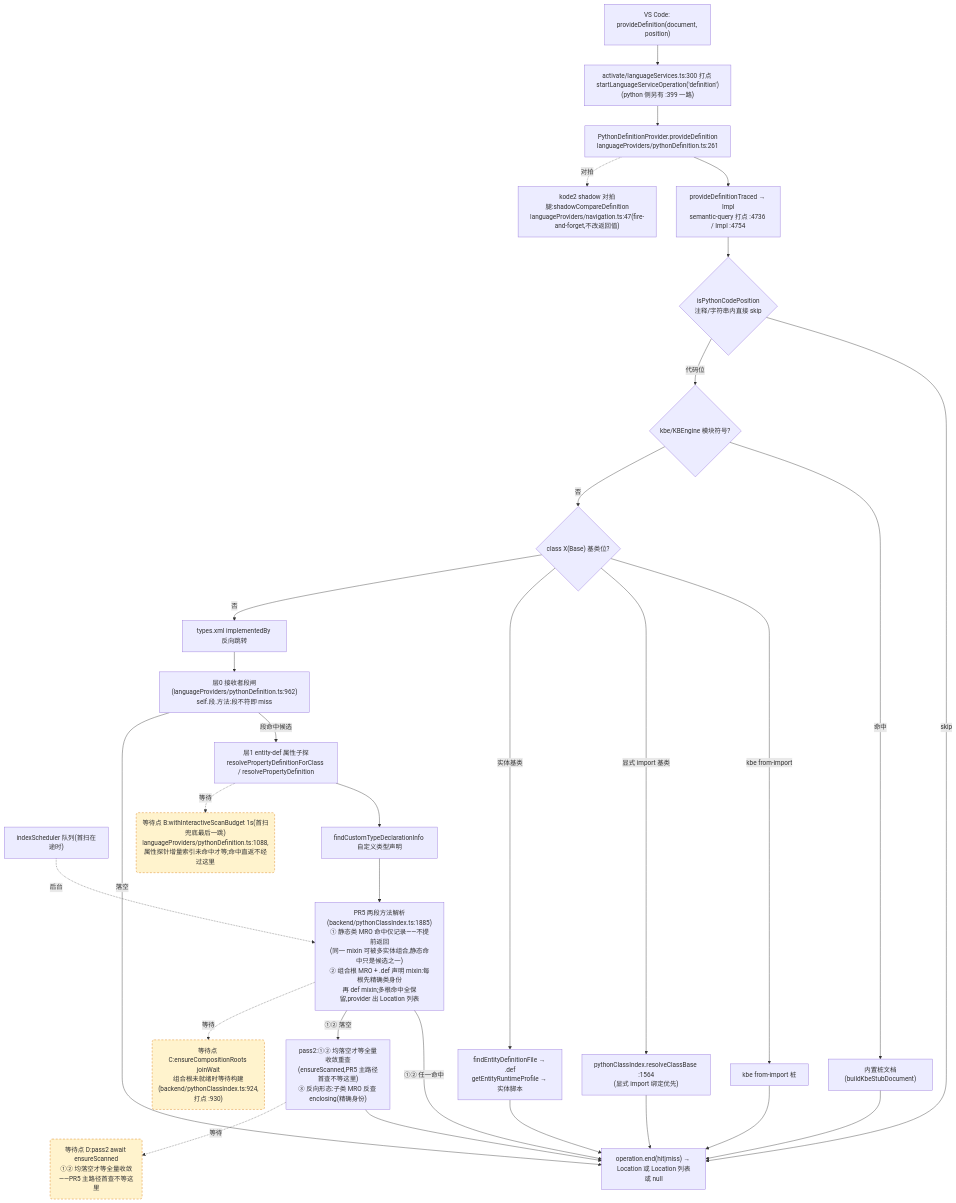
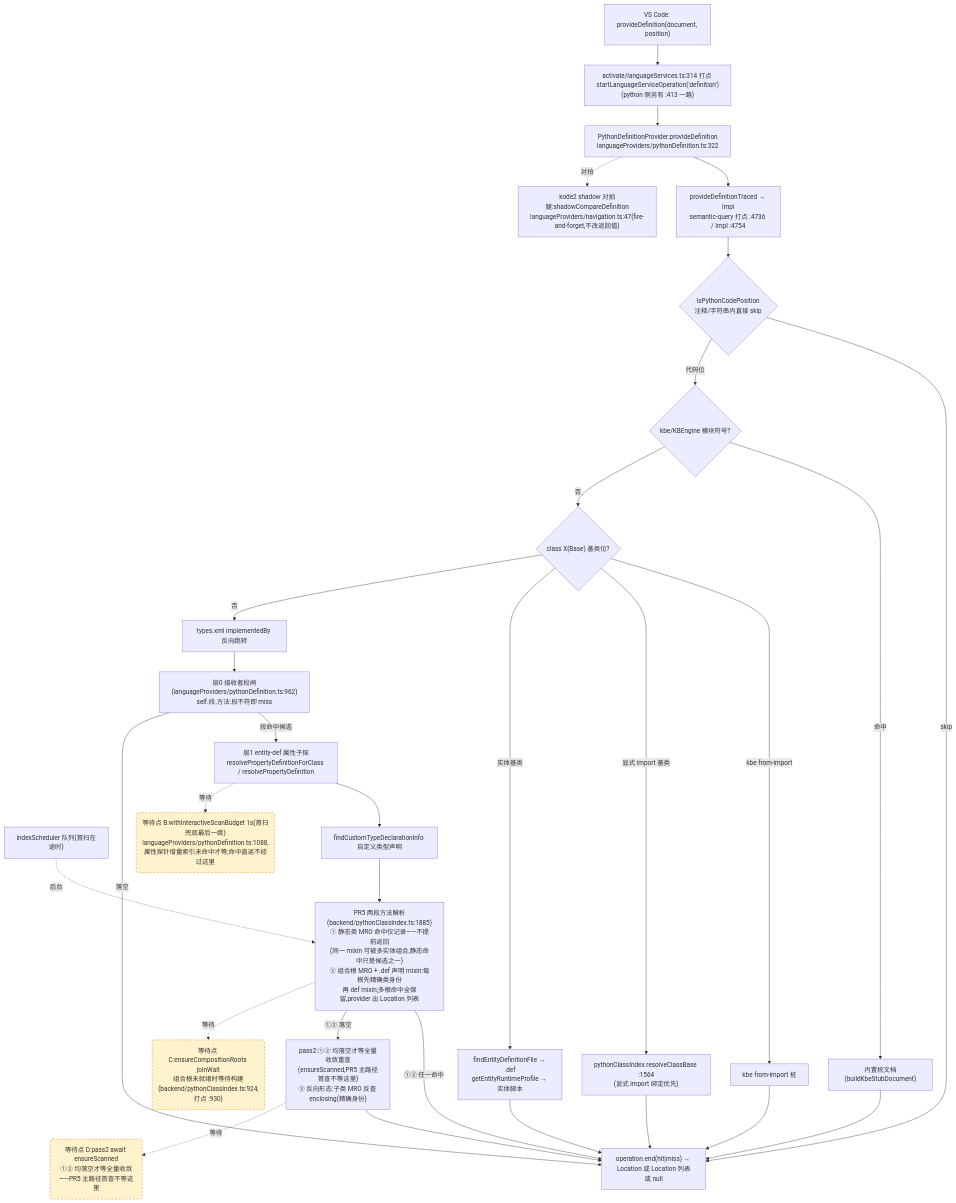
One commit to cuihairu/kode changed the second of 4 diagrams in docs/perf/2026-baseline.md. Above: the diagram before and after it, drawn with Mermaid. The commit also changed other lines of this file and 6 other files, not shown here.

````diff
--- a/docs/perf/2026-baseline.md
+++ b/docs/perf/2026-baseline.md
@@ -160,51 +161,51 @@
 ```mermaid
 flowchart TD
   VC2["VS Code: provideDefinition(document, position)"]
-  M2["activate/languageServices.ts:300 打点 startLanguageServiceOperation('definition')<br/>(python 侧另有 :399 一路)"]
-  AD2["PythonDefinitionProvider.provideDefinition<br/>languageProviders/pythonDefinition.ts:261"]
+  M2["activate/languageServices.ts:314 打点 startLanguageServiceOperation('definition')<br/>(python 侧另有 :413 一路)"]
+  AD2["PythonDefinitionProvider.provideDefinition<br/>languageProviders/pythonDefinition.ts:322"]
   TR["provideDefinitionTraced → Impl<br/>semantic-query 打点 :4736 / Impl :4754"]
   CTX{"isPythonCodePosition<br/>注释/字符串内直接 skip"}
   KBE{"kbe/KBEngine 模块符号?"}
   STUB["内置桩文档(buildKbeStubDocument)"]
   CB{"class X(Base) 基类位?"}
   CB1["kbe from-import 桩"]
   CB2["pythonClassIndex.resolveClassBase :1564<br/>(显式 import 绑定优先)"]
   CB3["findEntityDefinitionFile → .def<br/>getEntityRuntimeProfile → 实体脚本"]
   REV["types.xml implementedBy 反向跳转"]
   L0["层0 接收者段闸(languageProviders/pythonDefinition.ts:962)<br/>self.段.方法:段不符即 miss"]
   L1["层1 entity-def 属性子探<br/>resolvePropertyDefinitionForClass / resolvePropertyDefinition"]
   SCAN["indexScheduler 队列(首扫在途时)"]
   TY["findCustomTypeDeclarationInfo 自定义类型声明"]
   MRO["PR5 两段方法解析(backend/pythonClassIndex.ts:1885)<br/>① 静态类 MRO 命中仅记录——不提前返回<br/>(同一 mixin 可被多实体组合,静态命中只是候选之一)<br/>② 组合根 MRO + .def 声明 mixin:每根先精确类身份<br/>再 def mixin;多根命中全保留,provider 出 Location 列表"]
   PASS2["pass2:①② 均落空才等全量收敛重查<br/>(ensureScanned,PR5 主路径首查不等这里)<br/>③ 反向形态:子类 MRO 反查 enclosing(精确身份)"]
   SHD["kode2 shadow 对拍腿:shadowCompareDefinition<br/>languageProviders/navigation.ts:47(fire-and-forget,不改返回值)"]
   END2["operation.end(hit|miss) → Location 或 Location 列表或 null"]
 
   VC2 --> M2 --> AD2 --> TR --> CTX
   CTX -- "skip" --> END2
   CTX -- "代码位" --> KBE
   KBE -- "命中" --> STUB --> END2
   KBE -- "否" --> CB
   CB -- "kbe from-import" --> CB1 --> END2
   CB -- "显式 import 基类" --> CB2 --> END2
   CB -- "实体基类" --> CB3 --> END2
   CB -- "否" --> REV --> L0
   L0 -- "段命中候选" --> L1
   L0 -- "落空" --> END2
   L1 --> TY
   TY --> MRO
   MRO -- "①② 任一命中" --> END2
   MRO -- "①② 落空" --> PASS2 --> END2
   AD2 -.->|对拍| SHD
 
   WAITB("等待点 B:withInteractiveScanBudget 1s(首扫兜底最后一跳)<br/>languageProviders/pythonDefinition.ts:1088,属性探针增量索引未命中才等;命中直返不经过这里")
   WAITC("等待点 C:ensureCompositionRoots joinWait<br/>组合根未就绪时等待构建(backend/pythonClassIndex.ts:924,打点 :930)")
   WAITD("等待点 D:pass2 await ensureScanned<br/>①② 均落空才等全量收敛——PR5 主路径首查不等这里")
   L1 -.->|等待| WAITB
   MRO -.->|等待| WAITC
   PASS2 -.->|等待| WAITD
   SCAN -.->|后台| MRO
 
   classDef waitPoint fill:#fff3cd,stroke:#d97706,stroke-dasharray:5 4;
   class WAITB,WAITC,WAITD waitPoint;
 ```
````
